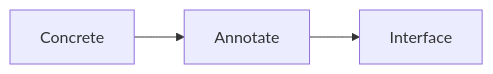
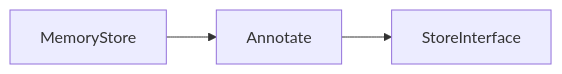
Before and after one commit to limistah/go-url-shortener: the sixth of 11 diagrams in docs/walkthrough.md, drawn with Mermaid. The commit also changed other lines of this file and 48 other files, not shown here.

````diff
--- a/docs/walkthrough.md
+++ b/docs/walkthrough.md
@@ -81,4 +63,4 @@
 ```mermaid
 flowchart LR
-  Concrete --> Annotate --> Interface
+  MemoryStore --> Annotate --> StoreInterface
 ```
````
